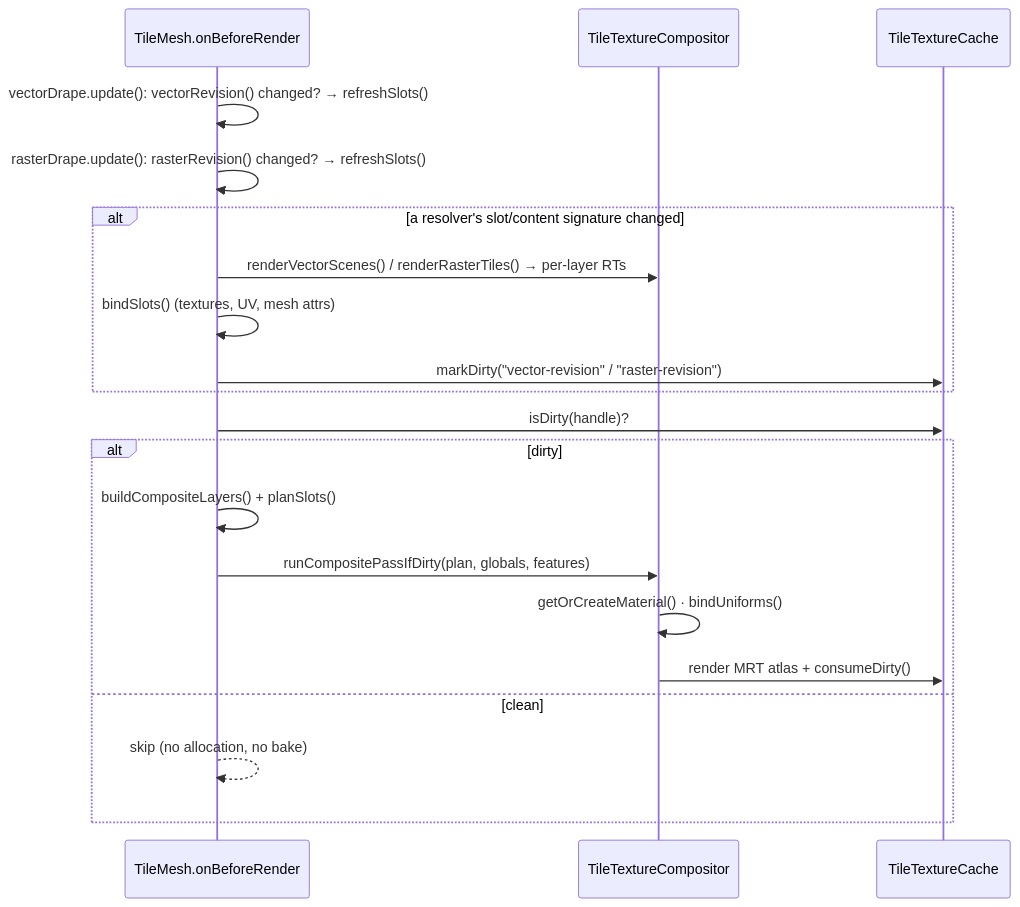
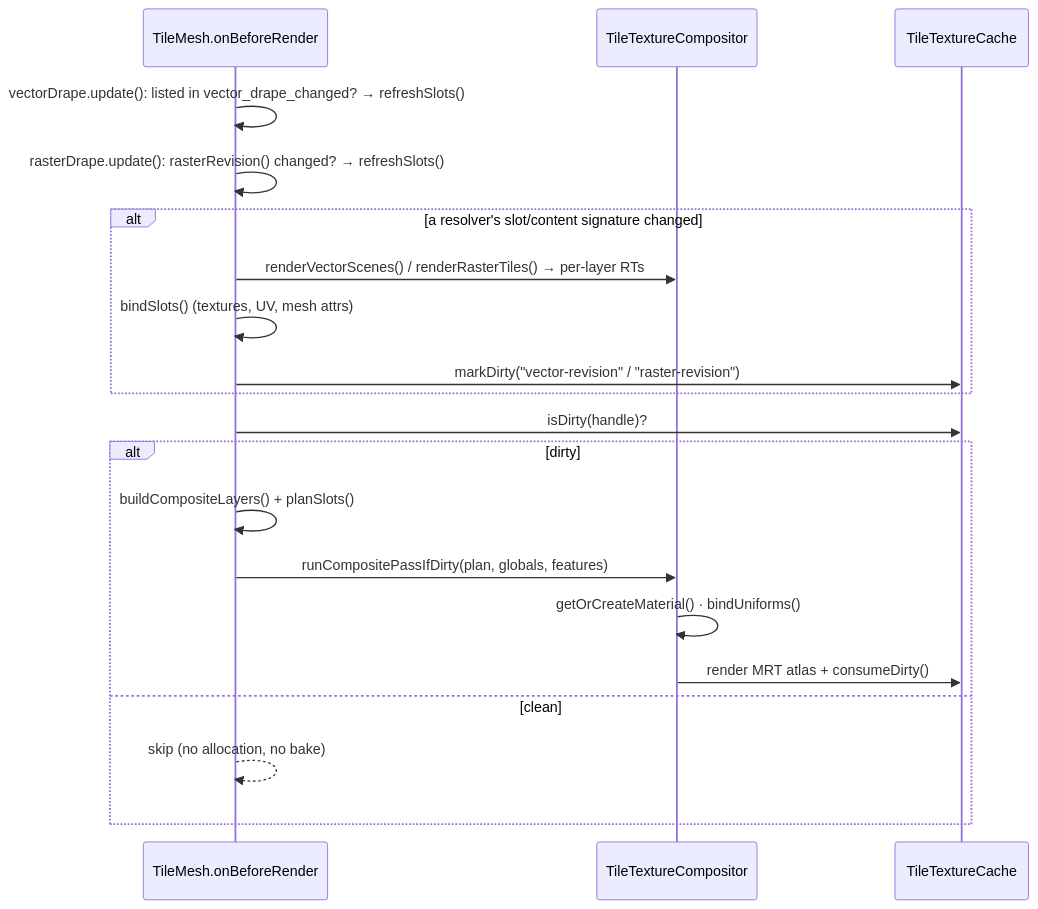
Before and after one commit to Otokami-Orokabu/navara: the seventh of 8 diagrams in guide/TILE_TEXTURE_COMPOSITING.md, drawn with Mermaid. The commit also changed other lines of this file and 88 other files, not shown here.

````diff
--- a/guide/TILE_TEXTURE_COMPOSITING.md
+++ b/guide/TILE_TEXTURE_COMPOSITING.md
@@ -483,23 +483,23 @@
 ```mermaid
 sequenceDiagram
   participant TM as TileMesh.onBeforeRender
   participant C as TileTextureCompositor
   participant Cache as TileTextureCache
 
-  TM->>TM: vectorDrape.update(): vectorRevision() changed? → refreshSlots()
+  TM->>TM: vectorDrape.update(): listed in vector_drape_changed? → refreshSlots()
   TM->>TM: rasterDrape.update(): rasterRevision() changed? → refreshSlots()
   alt a resolver's slot/content signature changed
     TM->>C: renderVectorScenes() / renderRasterTiles() → per-layer RTs
     TM->>TM: bindSlots() (textures, UV, mesh attrs)
     TM->>Cache: markDirty("vector-revision" / "raster-revision")
   end
   TM->>Cache: isDirty(handle)?
   alt dirty
     TM->>TM: buildCompositeLayers() + planSlots()
     TM->>C: runCompositePassIfDirty(plan, globals, features)
     C->>C: getOrCreateMaterial() · bindUniforms()
     C->>Cache: render MRT atlas + consumeDirty()
   else clean
     TM-->>TM: skip (no allocation, no bake)
   end
 ```
````
